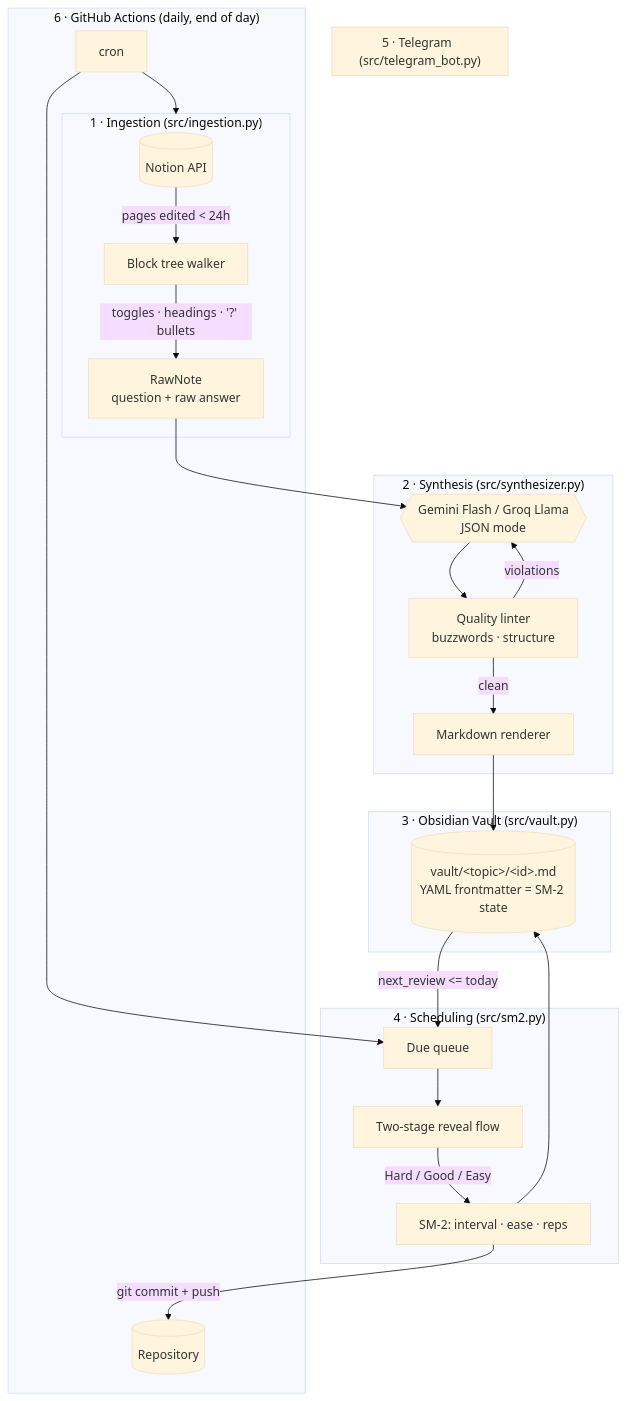
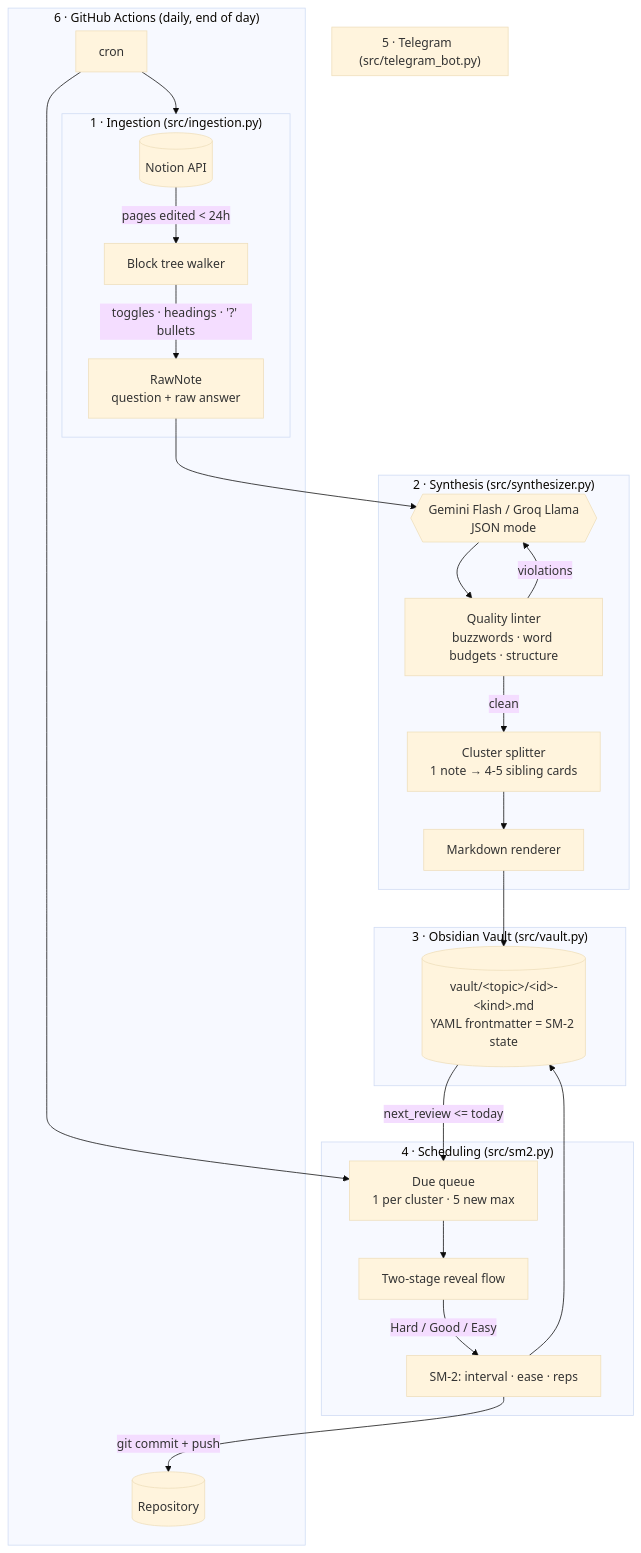
Before and after one commit to oscarsu97/deep-recall: the first of 2 diagrams in README.md, drawn with Mermaid (base theme). The commit also changed other lines of this file and 16 other files, not shown here.

````diff
--- a/README.md
+++ b/README.md
@@ -43,34 +77,35 @@
 ```mermaid
 flowchart TB
     subgraph Ingest["1 · Ingestion  (src/ingestion.py)"]
         N[(Notion API)] -->|pages edited &lt; 24h| P[Block tree walker]
         P -->|toggles · headings · '?' bullets| RN[RawNote<br/>question + raw answer]
     end
 
     subgraph Synth["2 · Synthesis  (src/synthesizer.py)"]
         RN --> LLM{{"Gemini Flash / Groq Llama<br/>JSON mode"}}
-        LLM --> L[Quality linter<br/>buzzwords · structure]
+        LLM --> L[Quality linter<br/>buzzwords · word budgets · structure]
         L -->|violations| LLM
-        L -->|clean| MD[Markdown renderer]
+        L -->|clean| SP[Cluster splitter<br/>1 note → 4-5 sibling cards]
+        SP --> MD[Markdown renderer]
     end
 
     subgraph Store["3 · Obsidian Vault  (src/vault.py)"]
-        MD --> V[("vault/&lt;topic&gt;/&lt;id&gt;.md<br/>YAML frontmatter = SM-2 state")]
+        MD --> V[("vault/&lt;topic&gt;/&lt;id&gt;-&lt;kind&gt;.md<br/>YAML frontmatter = SM-2 state")]
     end
 
     subgraph Review["4 · Scheduling  (src/sm2.py)"]
-        V -->|next_review &lt;= today| DUE[Due queue]
+        V -->|next_review &lt;= today| DUE[Due queue<br/>1 per cluster · 5 new max]
         DUE --> TG
         SM[SM-2: interval · ease · reps] --> V
     end
 
     subgraph Bot["5 · Telegram  (src/telegram_bot.py)"]
         TG[Two-stage reveal flow] -->|Hard / Good / Easy| SM
     end
 
     subgraph CI["6 · GitHub Actions  (daily, end of day)"]
         CRON[cron] --> Ingest
         CRON --> DUE
         SM -->|git commit + push| GH[(Repository)]
     end
 ```
````
